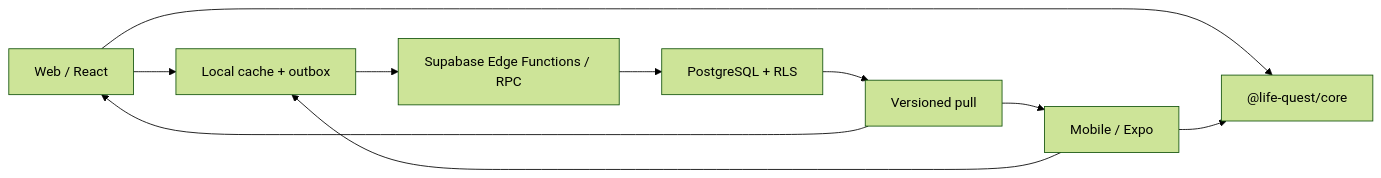
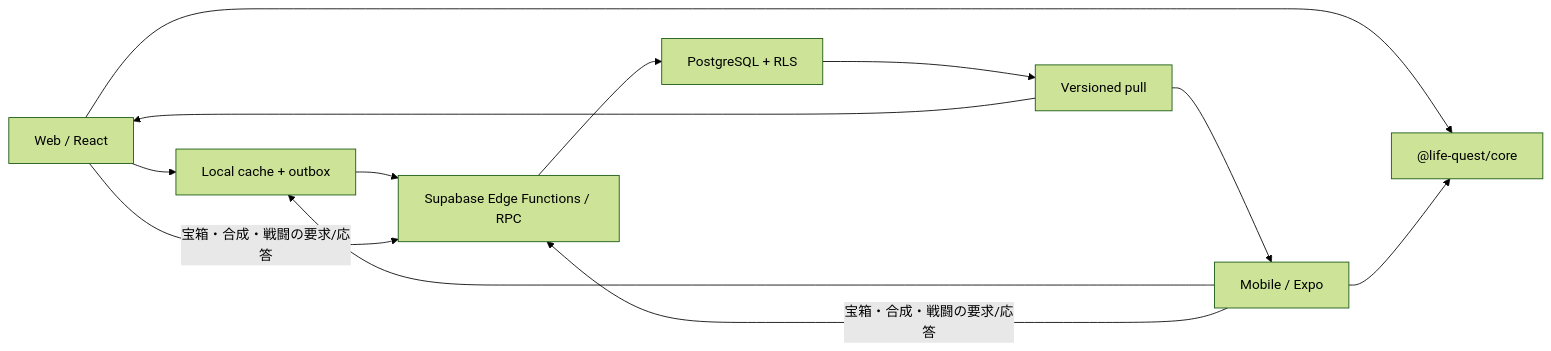
The diagram in README.md (YuTakane256/Life-Quest), drawn with Mermaid (forest theme) before and after one commit. The commit also changed other lines of this file and 43 other files, not shown here.

````diff
--- a/README.md
+++ b/README.md
@@ -172,12 +157,14 @@
 ```mermaid
 flowchart LR
     W["Web / React"] --> C["@life-quest/core"]
     M["Mobile / Expo"] --> C
     W --> O["Local cache + outbox"]
     M --> O
     O --> E["Supabase Edge Functions / RPC"]
+    W -->|"宝箱・合成・戦闘の要求/応答"| E
+    M -->|"宝箱・合成・戦闘の要求/応答"| E
     E --> D["PostgreSQL + RLS"]
     D --> P["Versioned pull"]
     P --> W
     P --> M
 ```
````
